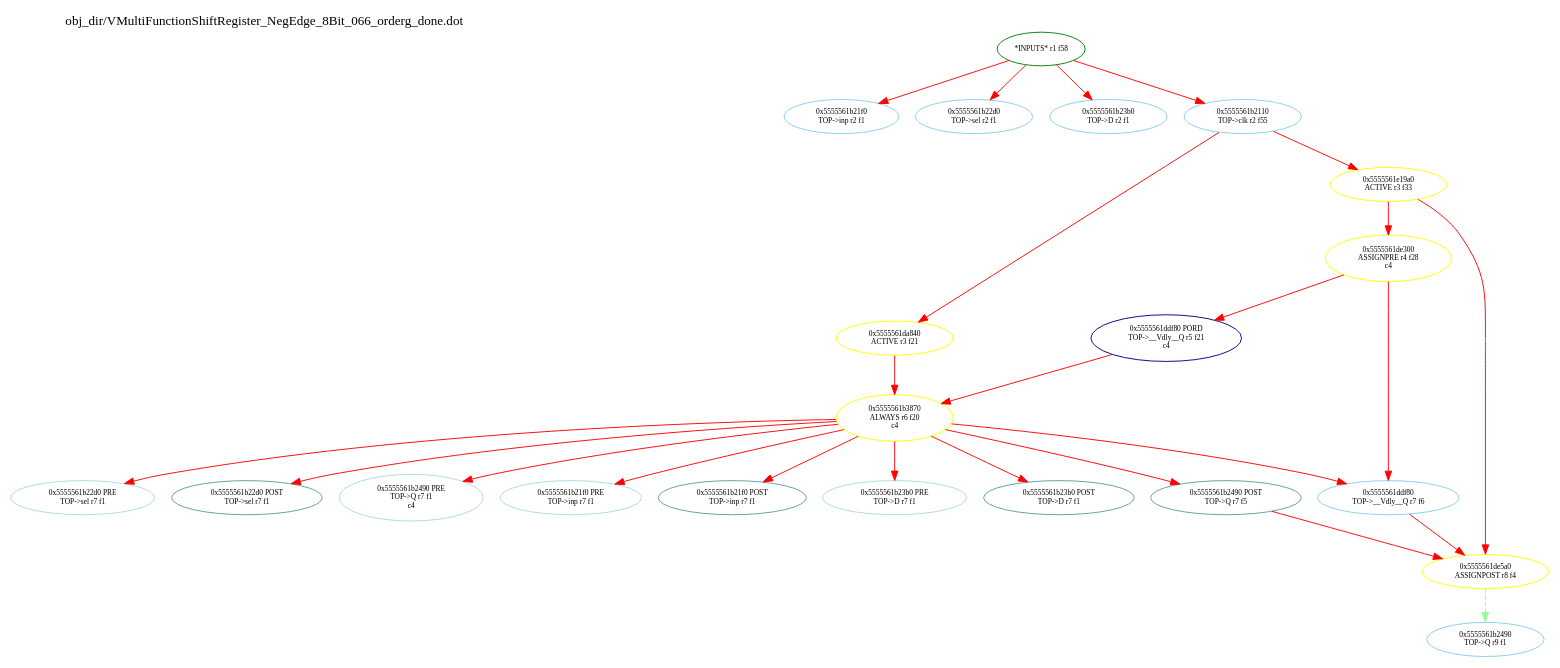
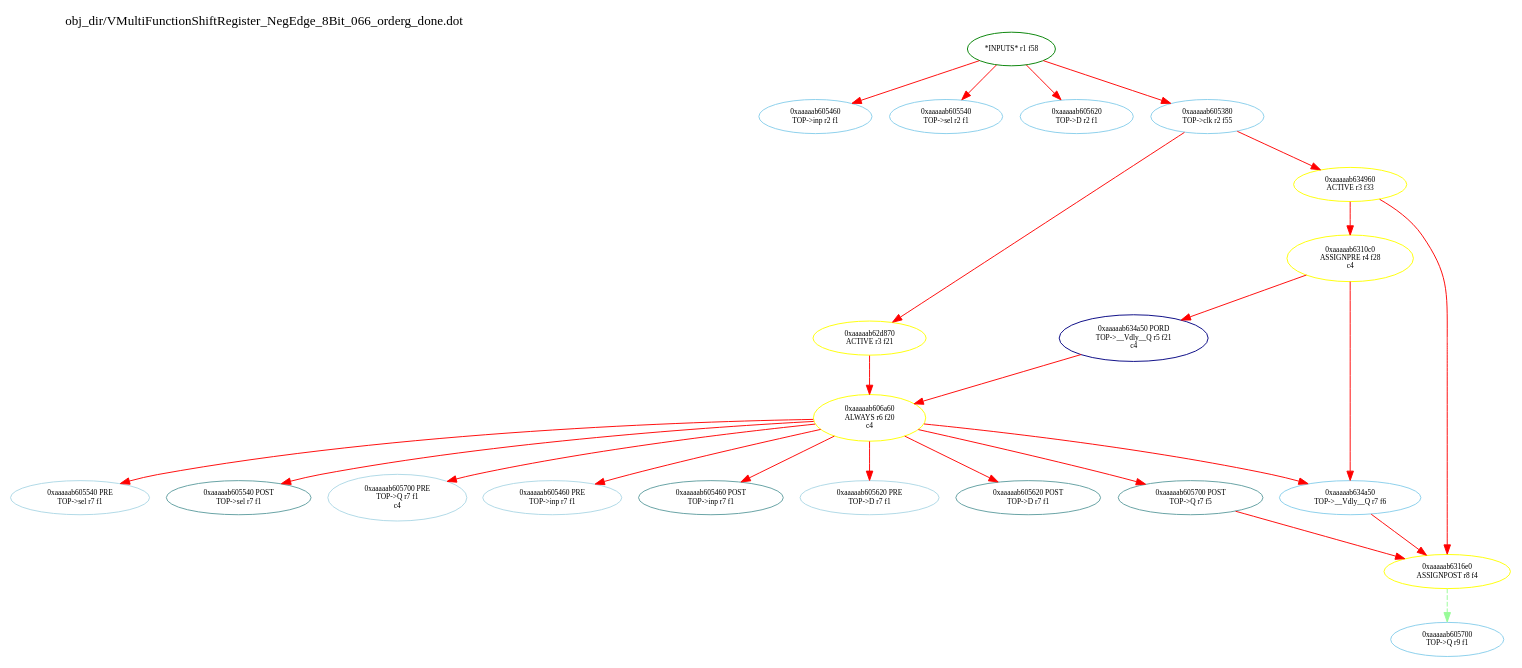
Before and after one commit to Jasonyanyusong/OneStudentOneChip: the diagram in DigitalCircuitsExperiments/DCE06/MultiFunctionShiftRegister_NegEdge_8Bit/obj_dir/VMultiFunctionShiftRegister_NegEdge_8Bit_066_orderg_done.dot, drawn with Graphviz. The commit also changed 270 other files, not shown here.

```diff
--- a/DigitalCircuitsExperiments/DCE06/MultiFunctionShiftRegister_NegEdge_8Bit/obj_dir/VMultiFunctionShiftRegister_NegEdge_8Bit_066_orderg_done.dot
+++ b/DigitalCircuitsExperiments/DCE06/MultiFunctionShiftRegister_NegEdge_8Bit/obj_dir/VMultiFunctionShiftRegister_NegEdge_8Bit_066_orderg_done.dot
@@ -1,51 +1,51 @@
 digraph v3graph {
 	graph	[label="obj_dir/VMultiFunctionShiftRegister_NegEdge_8Bit_066_orderg_done.dot",
 		 labelloc=t, labeljust=l,
 		 //size="7.5,10",
 		 rankdir=TB];
 	n0	[fontsize=8 label="*INPUTS* r1 f58", color=green];
-	n0x5555561b2010_1	[fontsize=8 label="0x5555561b21f0\n TOP->inp r2 f1", color=skyblue];
-	n0x5555561b2010_2	[fontsize=8 label="0x5555561b22d0\n TOP->sel r2 f1", color=skyblue];
-	n0x5555561b2010_3	[fontsize=8 label="0x5555561b23b0\n TOP->D r2 f1", color=skyblue];
-	n0x5555561b2010_4	[fontsize=8 label="0x5555561b2110\n TOP->clk r2 f55", color=skyblue];
-	n0x5555561b2010_5	[fontsize=8 label="0x5555561da840\n ACTIVE r3 f21", color=yellow];
-	n0x5555561b2010_6	[fontsize=8 label="0x5555561e19a0\n ACTIVE r3 f33", color=yellow];
-	n0x5555561b2010_7	[fontsize=8 label="0x5555561de300\n ASSIGNPRE r4 f28\n c4", color=yellow];
-	n0x5555561b2010_8	[fontsize=8 label="0x5555561ddf80 PORD\n TOP->__Vdly__Q r5 f21\n c4", color=NavyBlue];
-	n0x5555561b2010_9	[fontsize=8 label="0x5555561b3870\n ALWAYS r6 f20\n c4", color=yellow];
-	n0x5555561b2010_10	[fontsize=8 label="0x5555561b22d0 PRE\n TOP->sel r7 f1", color=lightblue];
-	n0x5555561b2010_11	[fontsize=8 label="0x5555561b22d0 POST\n TOP->sel r7 f1", color=CadetBlue];
-	n0x5555561b2010_12	[fontsize=8 label="0x5555561b2490 PRE\n TOP->Q r7 f1\n c4", color=lightblue];
-	n0x5555561b2010_13	[fontsize=8 label="0x5555561b21f0 PRE\n TOP->inp r7 f1", color=lightblue];
-	n0x5555561b2010_14	[fontsize=8 label="0x5555561b21f0 POST\n TOP->inp r7 f1", color=CadetBlue];
-	n0x5555561b2010_15	[fontsize=8 label="0x5555561b23b0 PRE\n TOP->D r7 f1", color=lightblue];
-	n0x5555561b2010_16	[fontsize=8 label="0x5555561b23b0 POST\n TOP->D r7 f1", color=CadetBlue];
-	n0x5555561b2010_17	[fontsize=8 label="0x5555561b2490 POST\n TOP->Q r7 f5", color=CadetBlue];
-	n0x5555561b2010_18	[fontsize=8 label="0x5555561ddf80\n TOP->__Vdly__Q r7 f6", color=skyblue];
-	n0x5555561b2010_19	[fontsize=8 label="0x5555561de5a0\n ASSIGNPOST r8 f4", color=yellow];
-	n0x5555561b2010_20	[fontsize=8 label="0x5555561b2490\n TOP->Q r9 f1", color=skyblue];
-	n0 -> n0x5555561b2010_1 [fontsize=8 label="" weight=1 color=red];
-	n0 -> n0x5555561b2010_2 [fontsize=8 label="" weight=1 color=red];
-	n0 -> n0x5555561b2010_3 [fontsize=8 label="" weight=1 color=red];
-	n0 -> n0x5555561b2010_4 [fontsize=8 label="" weight=1 color=red];
-	n0x5555561b2010_4 -> n0x5555561b2010_5 [fontsize=8 label="" weight=8 color=red];
-	n0x5555561b2010_4 -> n0x5555561b2010_6 [fontsize=8 label="" weight=8 color=red];
-	n0x5555561b2010_5 -> n0x5555561b2010_9 [fontsize=8 label="" weight=32 color=red];
-	n0x5555561b2010_6 -> n0x5555561b2010_7 [fontsize=8 label="" weight=32 color=red];
-	n0x5555561b2010_6 -> n0x5555561b2010_19 [fontsize=8 label="" weight=32 color=red];
-	n0x5555561b2010_7 -> n0x5555561b2010_8 [fontsize=8 label="" weight=32 color=red];
-	n0x5555561b2010_7 -> n0x5555561b2010_18 [fontsize=8 label="" weight=32 color=red];
-	n0x5555561b2010_8 -> n0x5555561b2010_9 [fontsize=8 label="" weight=32 color=red];
-	n0x5555561b2010_9 -> n0x5555561b2010_10 [fontsize=8 label="" weight=32 color=red];
-	n0x5555561b2010_9 -> n0x5555561b2010_11 [fontsize=8 label="" weight=2 color=red];
-	n0x5555561b2010_9 -> n0x5555561b2010_12 [fontsize=8 label="" weight=32 color=red];
-	n0x5555561b2010_9 -> n0x5555561b2010_13 [fontsize=8 label="" weight=32 color=red];
-	n0x5555561b2010_9 -> n0x5555561b2010_14 [fontsize=8 label="" weight=2 color=red];
-	n0x5555561b2010_9 -> n0x5555561b2010_15 [fontsize=8 label="" weight=32 color=red];
-	n0x5555561b2010_9 -> n0x5555561b2010_16 [fontsize=8 label="" weight=2 color=red];
-	n0x5555561b2010_9 -> n0x5555561b2010_17 [fontsize=8 label="" weight=2 color=red];
-	n0x5555561b2010_9 -> n0x5555561b2010_18 [fontsize=8 label="" weight=32 color=red];
-	n0x5555561b2010_17 -> n0x5555561b2010_19 [fontsize=8 label="" weight=2 color=red];
-	n0x5555561b2010_18 -> n0x5555561b2010_19 [fontsize=8 label="" weight=8 color=red];
-	n0x5555561b2010_19 -> n0x5555561b2010_20 [fontsize=8 label="" weight=1 color=PaleGreen style=dashed];
+	n0xaaaaab6051c0_1	[fontsize=8 label="0xaaaaab605460\n TOP->inp r2 f1", color=skyblue];
+	n0xaaaaab6051c0_2	[fontsize=8 label="0xaaaaab605540\n TOP->sel r2 f1", color=skyblue];
+	n0xaaaaab6051c0_3	[fontsize=8 label="0xaaaaab605620\n TOP->D r2 f1", color=skyblue];
+	n0xaaaaab6051c0_4	[fontsize=8 label="0xaaaaab605380\n TOP->clk r2 f55", color=skyblue];
+	n0xaaaaab6051c0_5	[fontsize=8 label="0xaaaaab62d870\n ACTIVE r3 f21", color=yellow];
+	n0xaaaaab6051c0_6	[fontsize=8 label="0xaaaaab634960\n ACTIVE r3 f33", color=yellow];
+	n0xaaaaab6051c0_7	[fontsize=8 label="0xaaaaab6310c0\n ASSIGNPRE r4 f28\n c4", color=yellow];
+	n0xaaaaab6051c0_8	[fontsize=8 label="0xaaaaab634a50 PORD\n TOP->__Vdly__Q r5 f21\n c4", color=NavyBlue];
+	n0xaaaaab6051c0_9	[fontsize=8 label="0xaaaaab606a60\n ALWAYS r6 f20\n c4", color=yellow];
+	n0xaaaaab6051c0_10	[fontsize=8 label="0xaaaaab605540 PRE\n TOP->sel r7 f1", color=lightblue];
+	n0xaaaaab6051c0_11	[fontsize=8 label="0xaaaaab605540 POST\n TOP->sel r7 f1", color=CadetBlue];
+	n0xaaaaab6051c0_12	[fontsize=8 label="0xaaaaab605700 PRE\n TOP->Q r7 f1\n c4", color=lightblue];
+	n0xaaaaab6051c0_13	[fontsize=8 label="0xaaaaab605460 PRE\n TOP->inp r7 f1", color=lightblue];
+	n0xaaaaab6051c0_14	[fontsize=8 label="0xaaaaab605460 POST\n TOP->inp r7 f1", color=CadetBlue];
+	n0xaaaaab6051c0_15	[fontsize=8 label="0xaaaaab605620 PRE\n TOP->D r7 f1", color=lightblue];
+	n0xaaaaab6051c0_16	[fontsize=8 label="0xaaaaab605620 POST\n TOP->D r7 f1", color=CadetBlue];
+	n0xaaaaab6051c0_17	[fontsize=8 label="0xaaaaab605700 POST\n TOP->Q r7 f5", color=CadetBlue];
+	n0xaaaaab6051c0_18	[fontsize=8 label="0xaaaaab634a50\n TOP->__Vdly__Q r7 f6", color=skyblue];
+	n0xaaaaab6051c0_19	[fontsize=8 label="0xaaaaab6316e0\n ASSIGNPOST r8 f4", color=yellow];
+	n0xaaaaab6051c0_20	[fontsize=8 label="0xaaaaab605700\n TOP->Q r9 f1", color=skyblue];
+	n0 -> n0xaaaaab6051c0_1 [fontsize=8 label="" weight=1 color=red];
+	n0 -> n0xaaaaab6051c0_2 [fontsize=8 label="" weight=1 color=red];
+	n0 -> n0xaaaaab6051c0_3 [fontsize=8 label="" weight=1 color=red];
+	n0 -> n0xaaaaab6051c0_4 [fontsize=8 label="" weight=1 color=red];
+	n0xaaaaab6051c0_4 -> n0xaaaaab6051c0_5 [fontsize=8 label="" weight=8 color=red];
+	n0xaaaaab6051c0_4 -> n0xaaaaab6051c0_6 [fontsize=8 label="" weight=8 color=red];
+	n0xaaaaab6051c0_5 -> n0xaaaaab6051c0_9 [fontsize=8 label="" weight=32 color=red];
+	n0xaaaaab6051c0_6 -> n0xaaaaab6051c0_7 [fontsize=8 label="" weight=32 color=red];
+	n0xaaaaab6051c0_6 -> n0xaaaaab6051c0_19 [fontsize=8 label="" weight=32 color=red];
+	n0xaaaaab6051c0_7 -> n0xaaaaab6051c0_8 [fontsize=8 label="" weight=32 color=red];
+	n0xaaaaab6051c0_7 -> n0xaaaaab6051c0_18 [fontsize=8 label="" weight=32 color=red];
+	n0xaaaaab6051c0_8 -> n0xaaaaab6051c0_9 [fontsize=8 label="" weight=32 color=red];
+	n0xaaaaab6051c0_9 -> n0xaaaaab6051c0_10 [fontsize=8 label="" weight=32 color=red];
+	n0xaaaaab6051c0_9 -> n0xaaaaab6051c0_11 [fontsize=8 label="" weight=2 color=red];
+	n0xaaaaab6051c0_9 -> n0xaaaaab6051c0_12 [fontsize=8 label="" weight=32 color=red];
+	n0xaaaaab6051c0_9 -> n0xaaaaab6051c0_13 [fontsize=8 label="" weight=32 color=red];
+	n0xaaaaab6051c0_9 -> n0xaaaaab6051c0_14 [fontsize=8 label="" weight=2 color=red];
+	n0xaaaaab6051c0_9 -> n0xaaaaab6051c0_15 [fontsize=8 label="" weight=32 color=red];
+	n0xaaaaab6051c0_9 -> n0xaaaaab6051c0_16 [fontsize=8 label="" weight=2 color=red];
+	n0xaaaaab6051c0_9 -> n0xaaaaab6051c0_17 [fontsize=8 label="" weight=2 color=red];
+	n0xaaaaab6051c0_9 -> n0xaaaaab6051c0_18 [fontsize=8 label="" weight=32 color=red];
+	n0xaaaaab6051c0_17 -> n0xaaaaab6051c0_19 [fontsize=8 label="" weight=2 color=red];
+	n0xaaaaab6051c0_18 -> n0xaaaaab6051c0_19 [fontsize=8 label="" weight=8 color=red];
+	n0xaaaaab6051c0_19 -> n0xaaaaab6051c0_20 [fontsize=8 label="" weight=1 color=PaleGreen style=dashed];
 }
```
